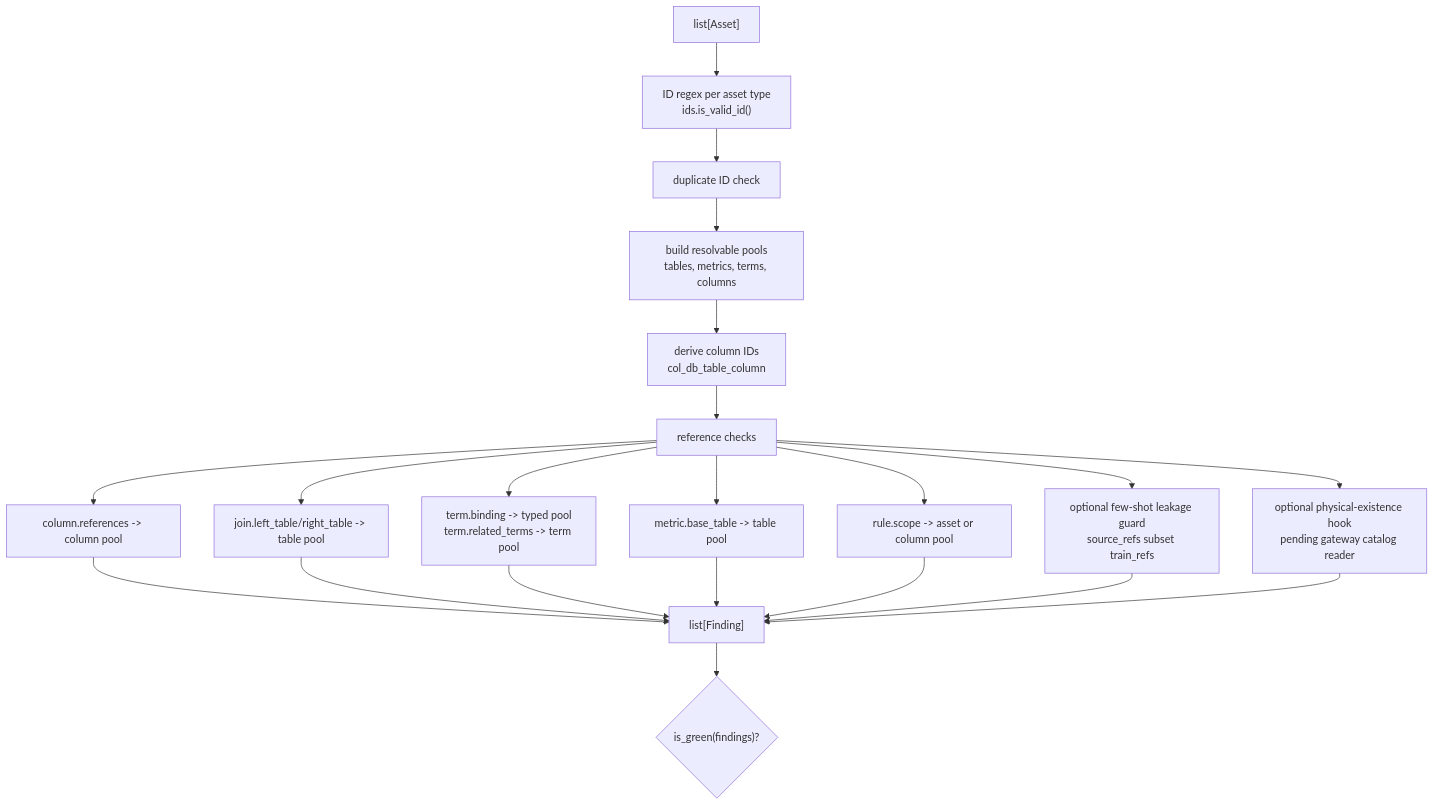
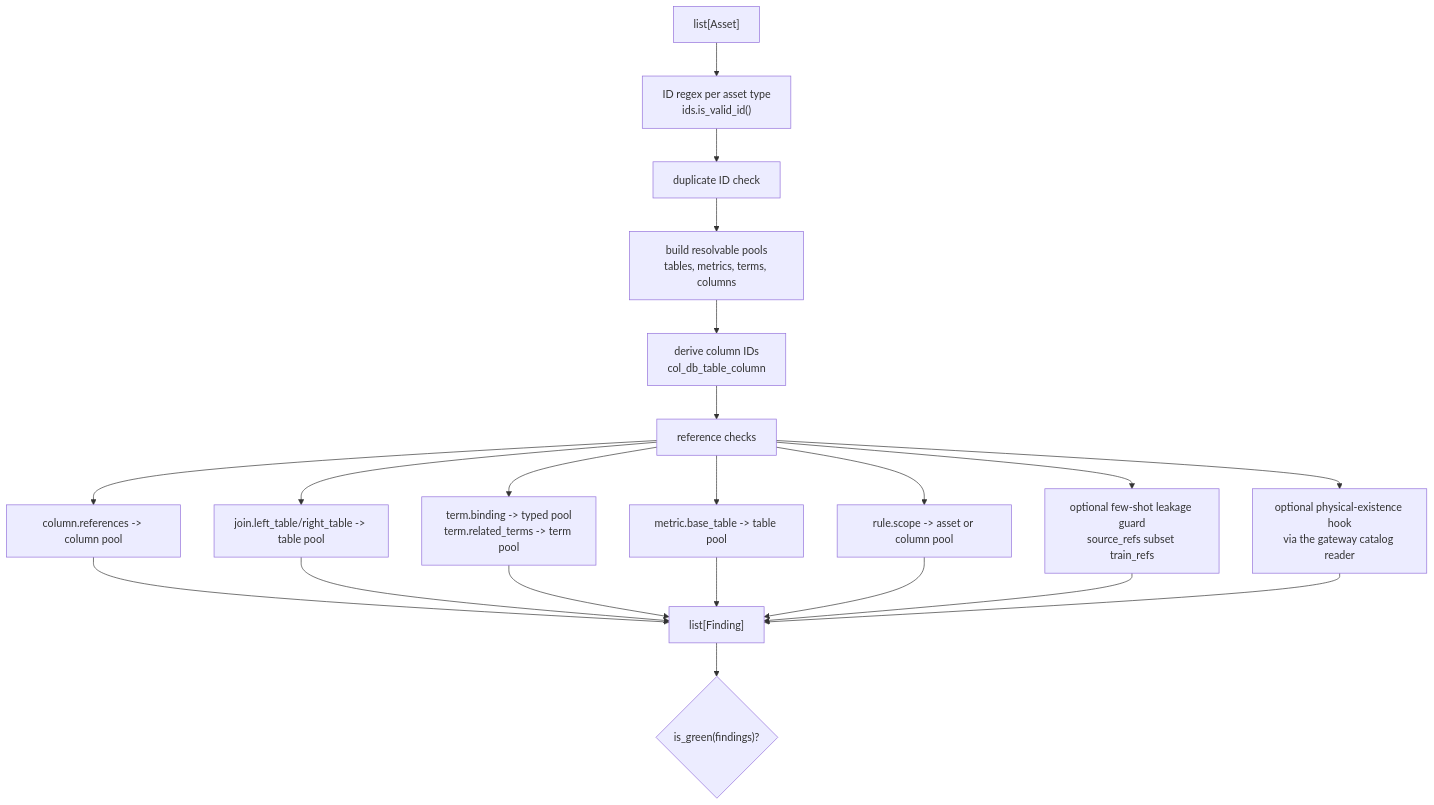
Before and after one commit to Minhao-Zhang/governed-bi: the third of 6 diagrams in docs/diagrams/corpus.md, drawn with Mermaid. The commit also changed other lines of this file and 6 other files, not shown here.

````diff
--- a/docs/diagrams/corpus.md
+++ b/docs/diagrams/corpus.md
@@ -58,25 +58,25 @@
 ```mermaid
 flowchart TD
     Assets["list[Asset]"] --> IdRegex["ID regex per asset type<br/>ids.is_valid_id()"]
     IdRegex --> Duplicates["duplicate ID check"]
     Duplicates --> Pools["build resolvable pools<br/>tables, metrics, terms, columns"]
     Pools --> ColumnIds["derive column IDs<br/>col_db_table_column"]
     ColumnIds --> RefChecks["reference checks"]
 
     RefChecks --> TableRefs["column.references -> column pool"]
     RefChecks --> JoinRefs["join.left_table/right_table -> table pool"]
     RefChecks --> TermRefs["term.binding -> typed pool<br/>term.related_terms -> term pool"]
     RefChecks --> MetricRefs["metric.base_table -> table pool"]
     RefChecks --> RuleRefs["rule.scope -> asset or column pool"]
     RefChecks --> FewShotLeak["optional few-shot leakage guard<br/>source_refs subset train_refs"]
-    RefChecks --> CatalogHook["optional physical-existence hook<br/>pending gateway catalog reader"]
+    RefChecks --> CatalogHook["optional physical-existence hook<br/>via the gateway catalog reader"]
 
     TableRefs --> Findings["list[Finding]"]
     JoinRefs --> Findings
     TermRefs --> Findings
     MetricRefs --> Findings
     RuleRefs --> Findings
     FewShotLeak --> Findings
     CatalogHook --> Findings
     Findings --> Green{"is_green(findings)?"}
 ```
````
